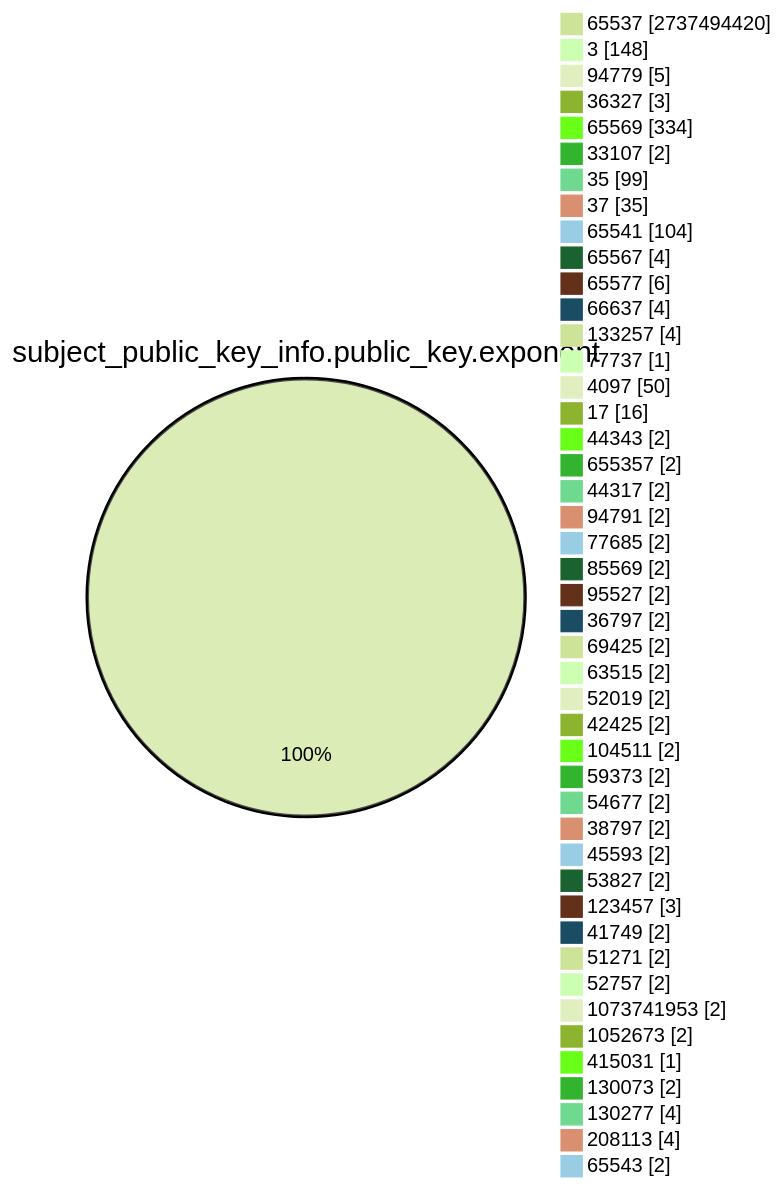
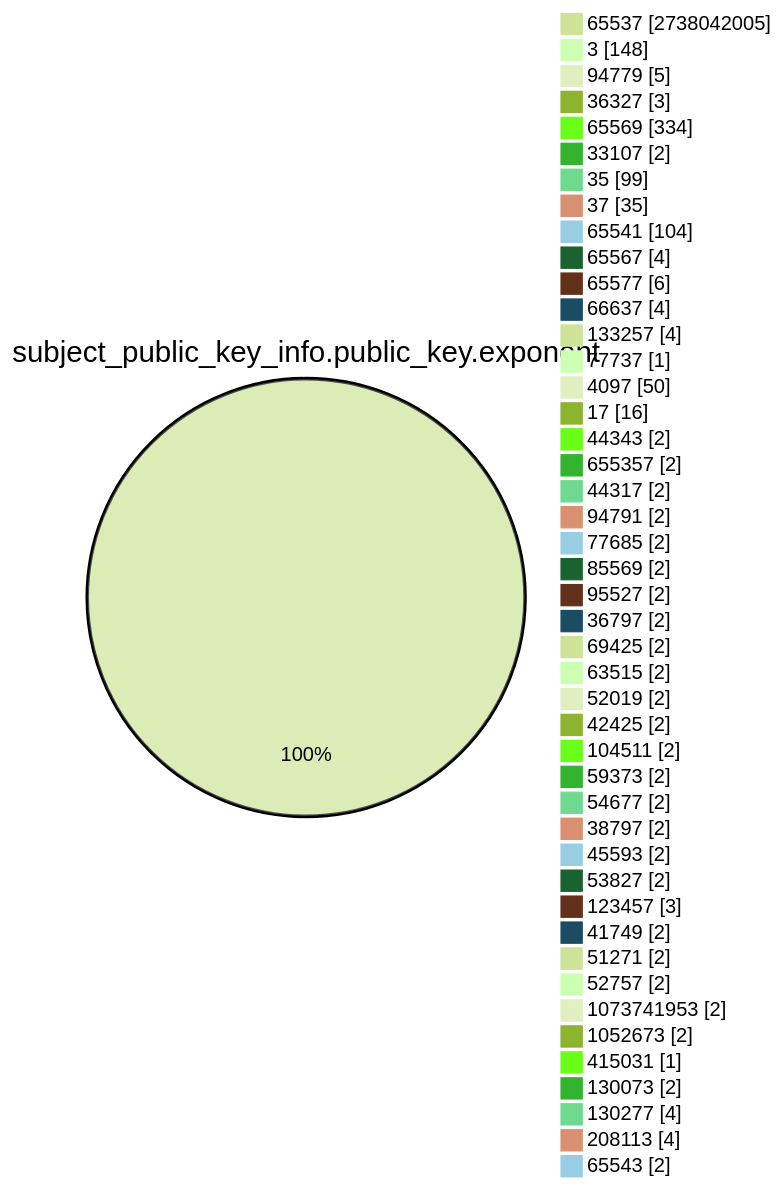
One commit to christiankrug/ctmonitor_visualization changed the fourth of 15 diagrams in TOTAL/README.md. Above: the diagram before and after it, drawn with Mermaid (forest theme). The commit also changed other lines of this file, not shown here.

````diff
--- a/TOTAL/README.md
+++ b/TOTAL/README.md
@@ -1467,49 +1467,49 @@
 ```mermaid
 pie showData
 title subject_public_key_info.public_key.exponent
-"65537" :2737494420
+"65537" :2738042005
 "3" :148
 "94779" :5
 "36327" :3
 "65569" :334
 "33107" :2
 "35" :99
 "37" :35
 "65541" :104
 "65567" :4
 "65577" :6
 "66637" :4
 "133257" :4
 "77737" :1
 "4097" :50
 "17" :16
 "44343" :2
 "655357" :2
 "44317" :2
 "94791" :2
 "77685" :2
 "85569" :2
 "95527" :2
 "36797" :2
 "69425" :2
 "63515" :2
 "52019" :2
 "42425" :2
 "104511" :2
 "59373" :2
 "54677" :2
 "38797" :2
 "45593" :2
 "53827" :2
 "123457" :3
 "41749" :2
 "51271" :2
 "52757" :2
 "1073741953" :2
 "1052673" :2
 "415031" :1
 "130073" :2
 "130277" :4
 "208113" :4
 "65543" :2
 ```
````
